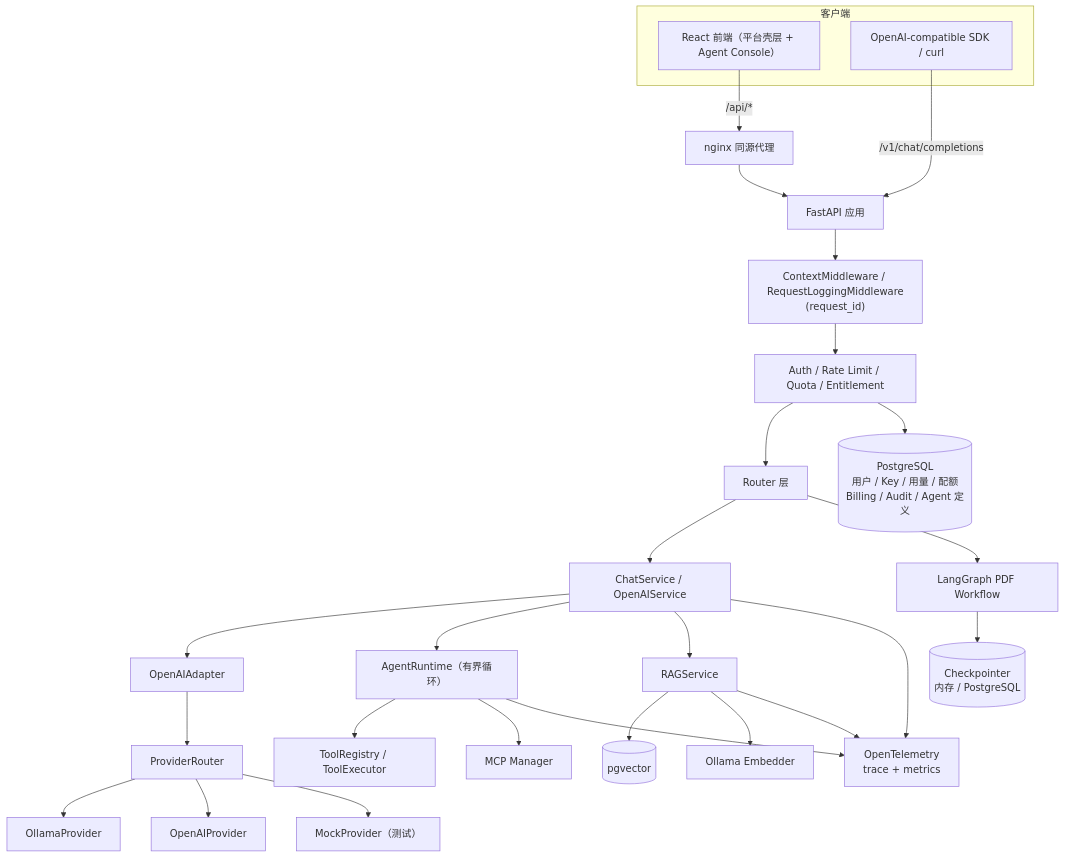
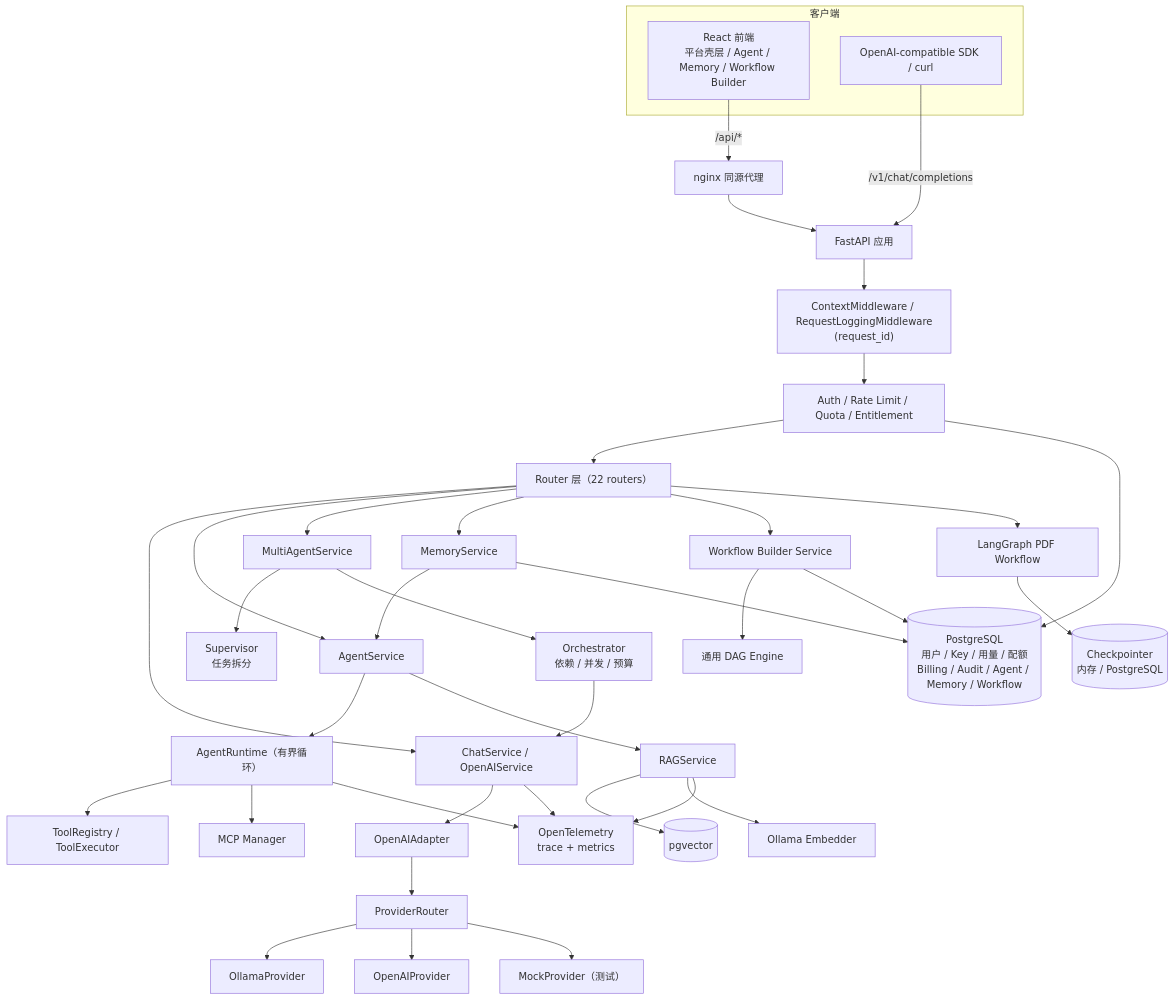
The diagram in README.md (LJH-snow/ai-platform-mini), drawn with Mermaid before and after one commit. The commit also changed other lines of this file and 14 other files, not shown here.

Commit message:
feat: 收口多 Agent 编排与架构图

````diff
--- a/README.md
+++ b/README.md
@@ -74,36 +81,56 @@
 ```mermaid
 flowchart TB
     subgraph Client["客户端"]
-        FE["React 前端（平台壳层 + Agent Console）"]
+        FE["React 前端
+平台壳层 / Agent / Memory / Workflow Builder"]
         SDK["OpenAI-compatible SDK / curl"]
     end
 
     FE -->|"/api/*"| NGINX["nginx 同源代理"]
     SDK -->|"/v1/chat/completions"| API
     NGINX --> API["FastAPI 应用"]
 
     API --> MW["ContextMiddleware / RequestLoggingMiddleware<br/>(request_id)"]
     MW --> GATE["Auth / Rate Limit / Quota / Entitlement"]
-    GATE --> ROUTES["Router 层"]
+    GATE --> ROUTES["Router 层（22 routers）"]
 
     ROUTES --> CHAT["ChatService / OpenAIService"]
-    CHAT --> ADAPTER["OpenAIAdapter"]
-    CHAT --> RUNTIME["AgentRuntime（有界循环）"]
+    ROUTES --> AGENTAPI["AgentService"]
+    ROUTES --> MULTI["MultiAgentService"]
+    ROUTES --> MEM["MemoryService"]
+    ROUTES --> WFB["Workflow Builder Service"]
+    ROUTES --> WF["LangGraph PDF Workflow"]
+
+    MULTI --> SUP["Supervisor
+任务拆分"]
+    MULTI --> ORCH["Orchestrator
+依赖 / 并发 / 预算"]
+    ORCH --> CHAT
+    AGENTAPI --> RUNTIME["AgentRuntime（有界循环）"]
     RUNTIME --> TOOLS["ToolRegistry / ToolExecutor"]
     RUNTIME --> MCPMGR["MCP Manager"]
-    CHAT --> RAGSRV["RAGService"]
+    AGENTAPI --> RAGSRV["RAGService"]
+    CHAT --> ADAPTER["OpenAIAdapter"]
+    MEM --> AGENTAPI
+
     RAGSRV --> VECTOR[("pgvector")]
     RAGSRV --> EMBED["Ollama Embedder"]
-    ROUTES --> WF["LangGraph PDF Workflow"]
-    WF --> CKPT[("Checkpointer<br/>内存 / PostgreSQL")]
+    WFB --> WFE["通用 DAG Engine"]
+    WF --> CKPT[("Checkpointer
+内存 / PostgreSQL")]
 
     ADAPTER --> ROUTER["ProviderRouter"]
     ROUTER --> OLLAMA["OllamaProvider"]
     ROUTER --> OPENAI["OpenAIProvider"]
     ROUTER --> MOCK["MockProvider（测试）"]
 
-    GATE --> DB[("PostgreSQL<br/>用户 / Key / 用量 / 配额<br/>Billing / Audit / Agent 定义")]
-    CHAT --> OBS["OpenTelemetry<br/>trace + metrics"]
+    GATE --> DB[("PostgreSQL
+用户 / Key / 用量 / 配额
+Billing / Audit / Agent / Memory / Workflow")]
+    MEM --> DB
+    WFB --> DB
+    CHAT --> OBS["OpenTelemetry
+trace + metrics"]
     RUNTIME --> OBS
     RAGSRV --> OBS
 ```
````
